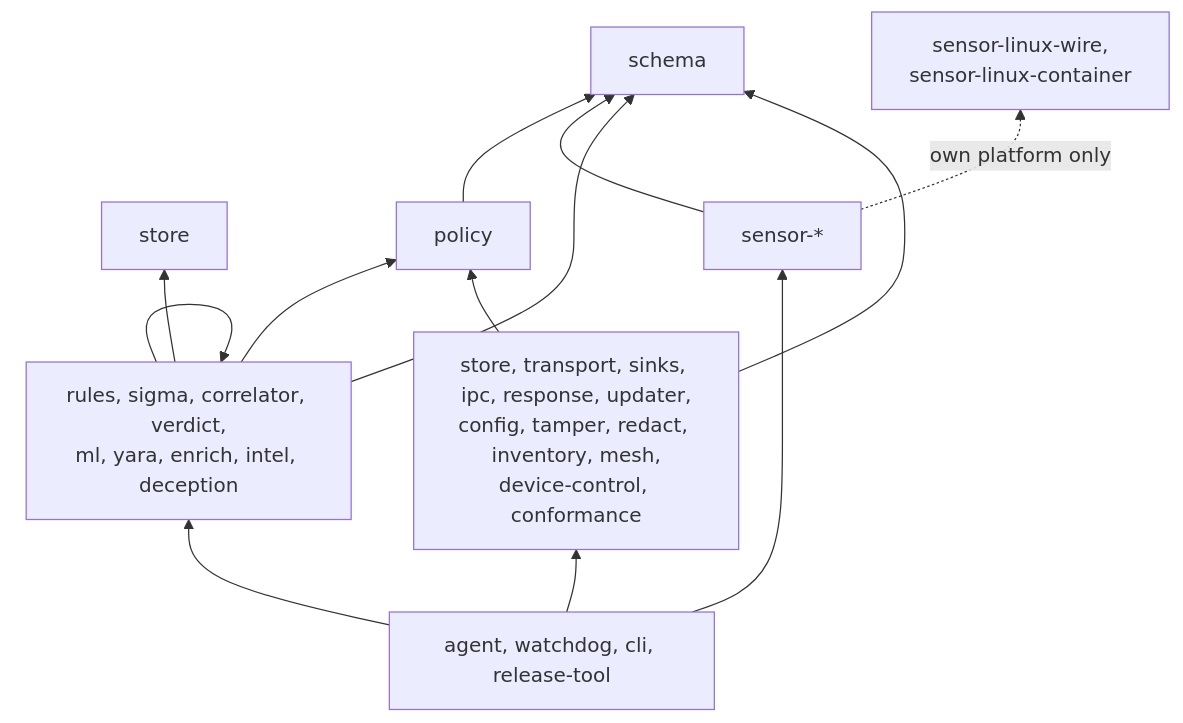
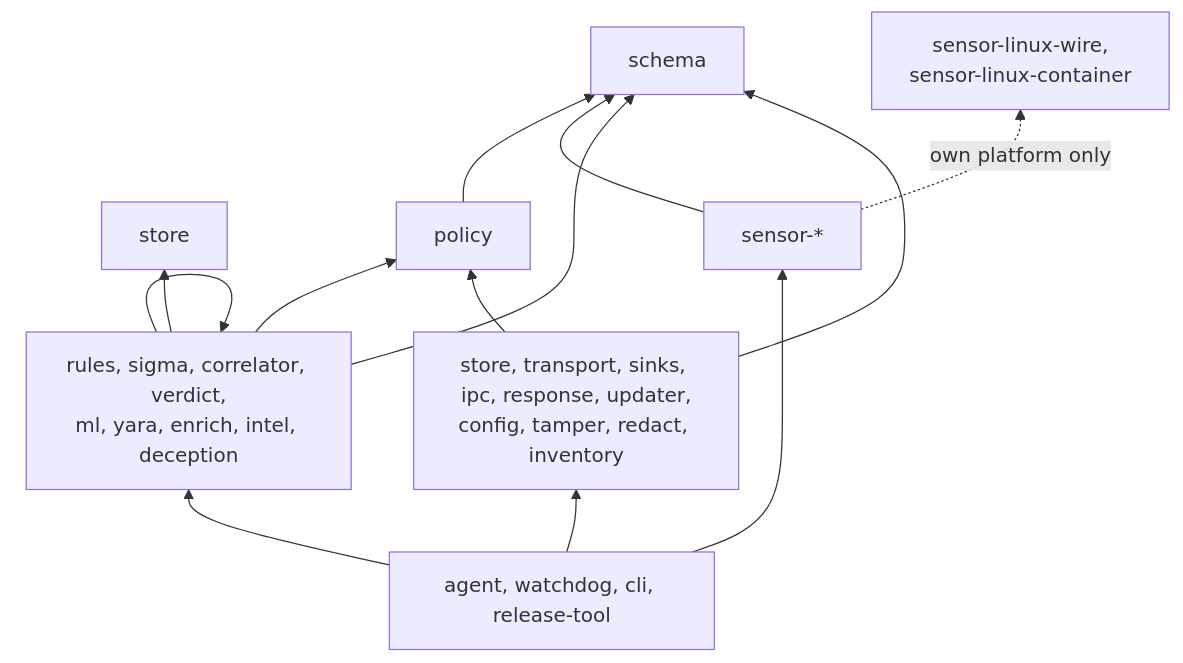
One commit to synthaea-lab/agent changed the second of 2 diagrams in docs/architecture.md. Above: the diagram before and after it, drawn with Mermaid. The commit also changed other lines of this file and 16 other files, not shown here.

````diff
--- a/docs/architecture.md
+++ b/docs/architecture.md
@@ -59,12 +59,12 @@
 ```mermaid
 flowchart BT
   schema[schema]
   policy[policy] --> schema
   sensors["sensor-*"] --> schema
   sensors -.->|own platform only| wire["sensor-linux-wire,<br/>sensor-linux-container"]
   detection["rules, sigma, correlator, verdict,<br/>ml, yara, enrich, intel, deception"] --> schema & policy
   detection --> store[store]
   detection --> detection
-  leaf["store, transport, sinks, ipc, response, updater,<br/>config, tamper, redact, inventory, mesh,<br/>device-control, conformance"] --> schema & policy
+  leaf["store, transport, sinks, ipc, response, updater,<br/>config, tamper, redact, inventory"] --> schema & policy
   bins["agent, watchdog, cli, release-tool"] --> sensors & detection & leaf
 ```
````
